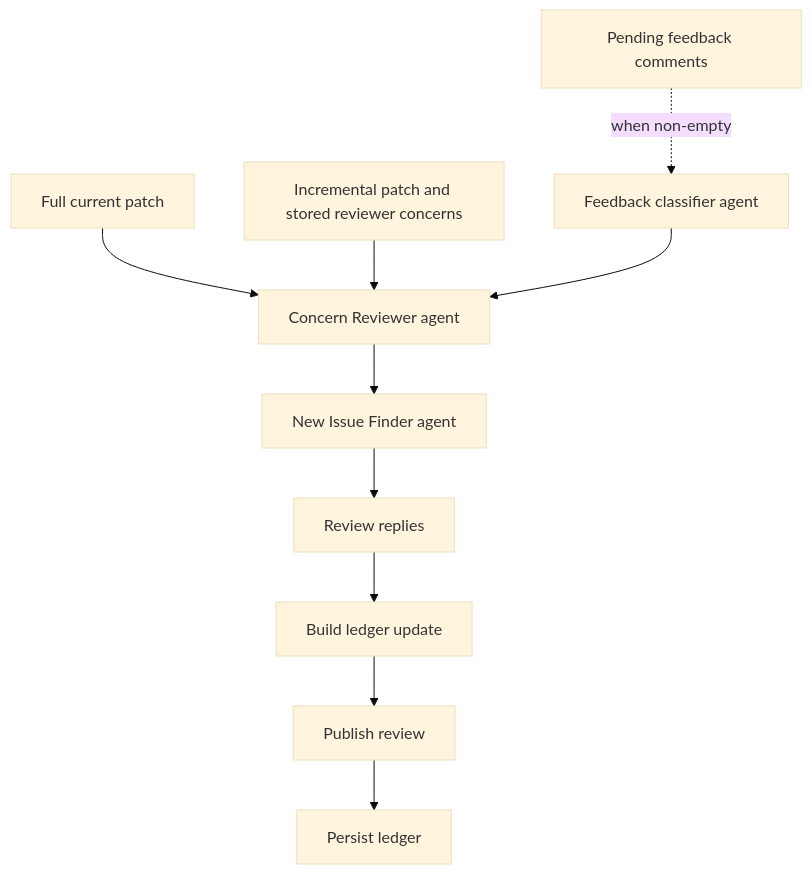
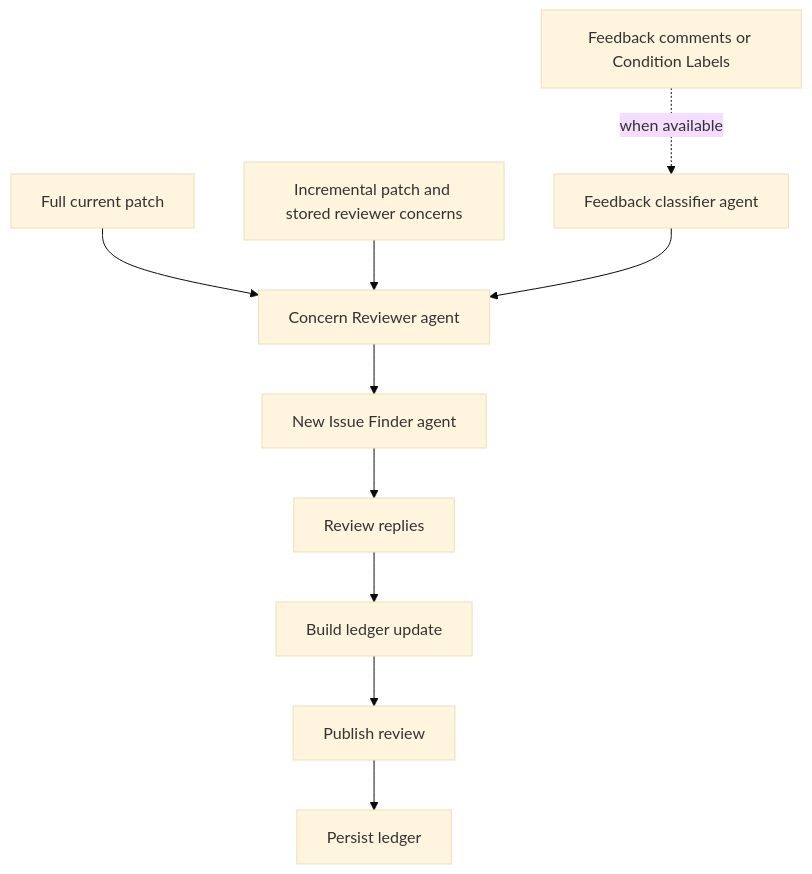
Before and after one commit to amarula/reviewai-gerrit-plugin: the sixth of 8 diagrams in docs/agent-architecture.md, drawn with Mermaid (base theme). The commit also changed other lines of this file and 10 other files, not shown here.

````diff
--- a/docs/agent-architecture.md
+++ b/docs/agent-architecture.md
@@ -399,12 +415,12 @@
 ```mermaid
 flowchart TD
-    R[Pending feedback comments] -. when non-empty .-> X[Feedback classifier agent]
+    R[Feedback comments or Condition Labels] -. when available .-> X[Feedback classifier agent]
     A[Full current patch] --> C[Concern Reviewer agent]
     B[Incremental patch and stored reviewer concerns] --> C
     X --> C
     C --> D[New Issue Finder agent]
     D --> F[Review replies]
     F --> G[Build ledger update]
     G --> H[Publish review]
     H --> I[Persist ledger]
 ```
````
